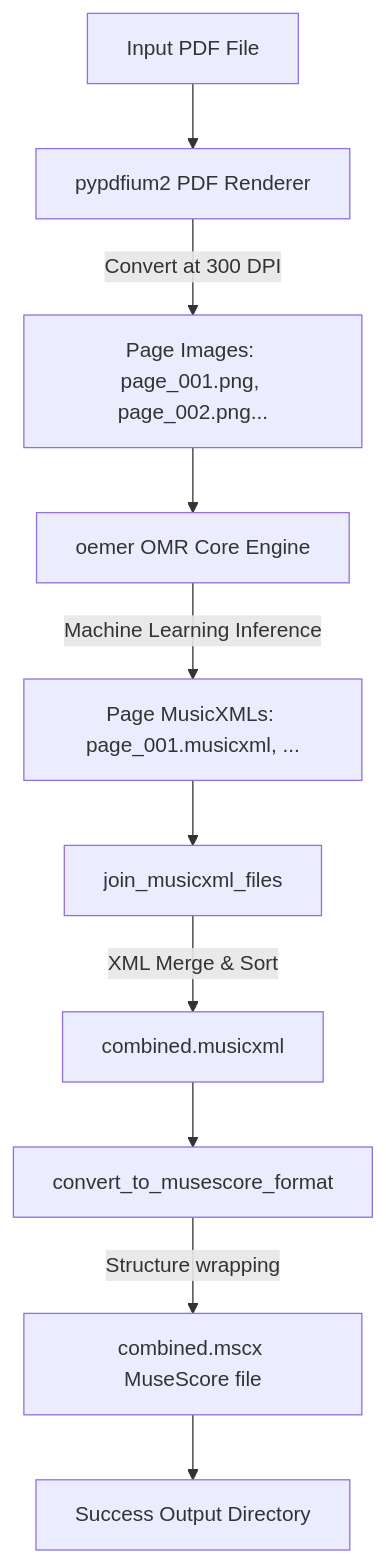
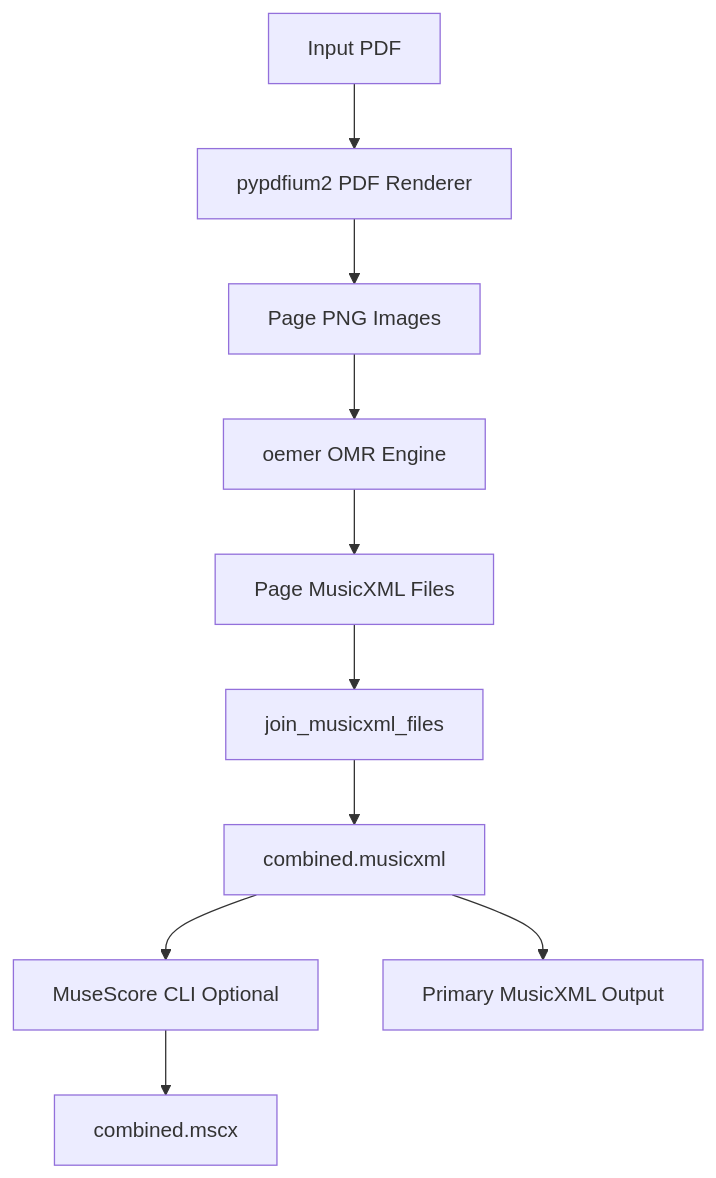
The diagram in README.md (thedivergentai/PDF2Muse), drawn with Mermaid before and after one commit. The commit also changed other lines of this file and 17 other files, not shown here.

First line of the commit message:
feat: add OMR evaluation roadmap and harness

````diff
--- a/README.md
+++ b/README.md
@@ -276,12 +261,12 @@
 ```mermaid
 flowchart TD
-    A[Input PDF File] --> B[pypdfium2 PDF Renderer]
-    B -->|Convert at 300 DPI| C[Page Images: page_001.png, page_002.png...]
-    C --> D[oemer OMR Core Engine]
-    D -->|Machine Learning Inference| E[Page MusicXMLs: page_001.musicxml, ...]
-    E --> F[join_musicxml_files]
-    F -->|XML Merge & Sort| G[combined.musicxml]
-    G --> H[convert_to_musescore_format]
-    H -->|Structure wrapping| I[combined.mscx MuseScore file]
-    I --> J[Success Output Directory]
+    inputPdf[Input PDF] --> renderPdf[pypdfium2 PDF Renderer]
+    renderPdf --> pageImages[Page PNG Images]
+    pageImages --> oemerEngine[oemer OMR Engine]
+    oemerEngine --> pageXml[Page MusicXML Files]
+    pageXml --> joinXml[join_musicxml_files]
+    joinXml --> combinedXml[combined.musicxml]
+    combinedXml --> museScore[MuseScore CLI Optional]
+    museScore --> mscx[combined.mscx]
+    combinedXml --> primaryXml[Primary MusicXML Output]
 ```
````
